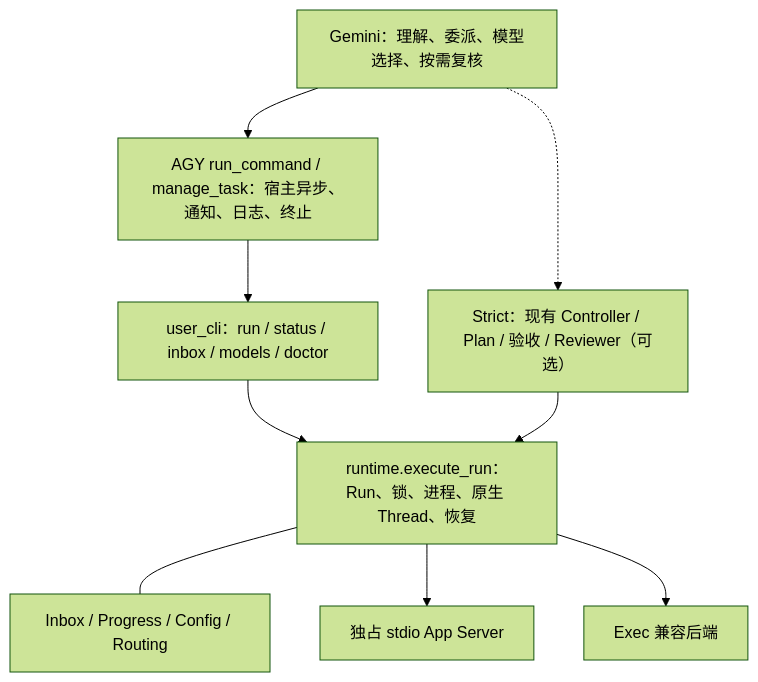
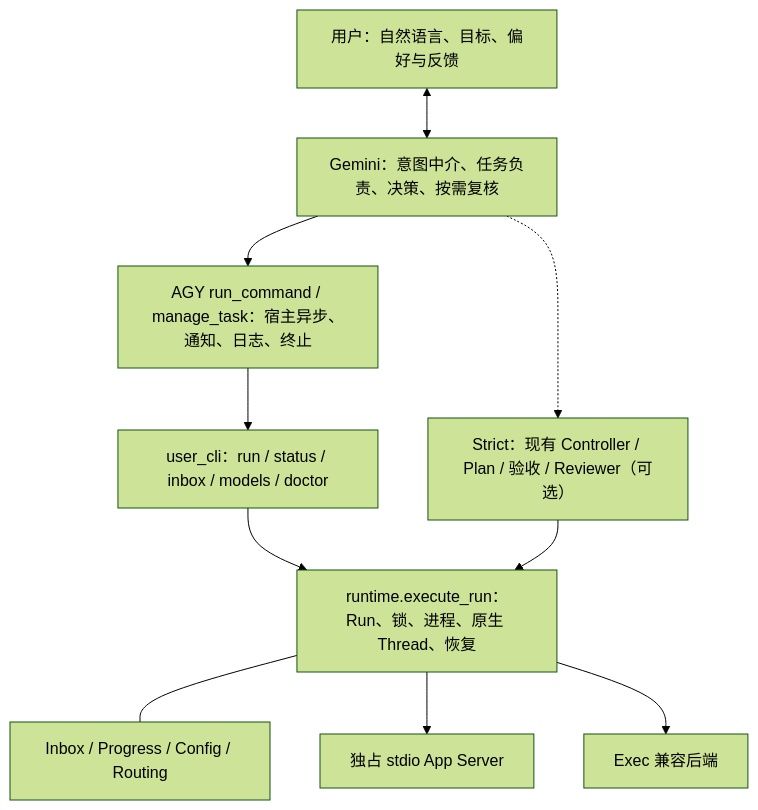
One commit to Kylinghu/agy-codex changed the diagram in docs/v0.3-adaptive-runtime-final.md. Above: the diagram before and after it, drawn with Mermaid (forest theme). The commit also changed other lines of this file, not shown here.

````diff
--- a/docs/v0.3-adaptive-runtime-final.md
+++ b/docs/v0.3-adaptive-runtime-final.md
@@ -10,16 +10,18 @@
 ```mermaid
 flowchart TD
-    G["Gemini：理解、委派、模型选择、按需复核"]
+    U["用户：自然语言、目标、偏好与反馈"]
+    G["Gemini：意图中介、任务负责、决策、按需复核"]
     H["AGY run_command / manage_task：宿主异步、通知、日志、终止"]
     C["user_cli：run / status / inbox / models / doctor"]
     S["Strict：现有 Controller / Plan / 验收 / Reviewer（可选）"]
     R["runtime.execute_run：Run、锁、进程、原生 Thread、恢复"]
     I["Inbox / Progress / Config / Routing"]
     A["独占 stdio App Server"]
     E["Exec 兼容后端"]
+    U <--> G
     G --> H --> C --> R
     G -.-> S --> R
     R --- I
     R --> A
     R --> E
 ```
````
